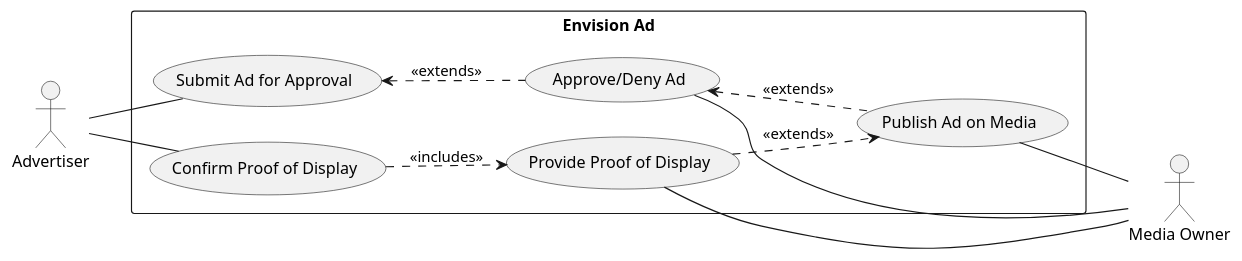
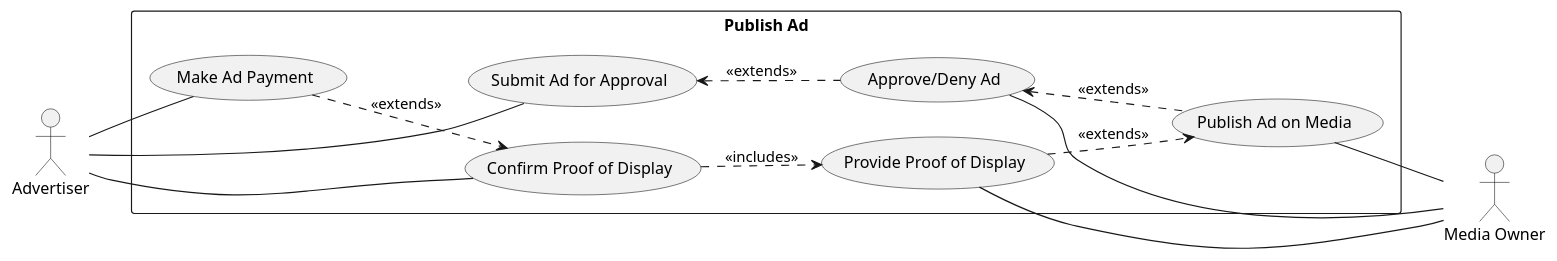
The diagram in docs/4-diagrams/use-case-publish-ad.puml (anvsult/visual-impact), drawn with PlantUML before and after one commit. The commit also changed 1 other file, not shown here.

Commit message:
Finished extracting the Publish Ad use case

```diff
--- a/docs/4-diagrams/use-case-publish-ad.puml
+++ b/docs/4-diagrams/use-case-publish-ad.puml
@@ -1,44 +1,47 @@
 @startuml
 left to right direction
 
 ' --- Increase spacing and make the box larger ---
 skinparam ranksep 40
 skinparam nodesep 30
 skinparam rectangle {
   Padding 40
   Margin 40
 }
 
 actor Advertiser as ADV
 actor "Media Owner" as MO
 
 
-rectangle "Envision Ad" {
+rectangle "Publish Ad" {
 ' --- Advertiser use cases ---
   ' usecase "Preview Ad on Media" as Preview
   usecase "Submit Ad for Approval" as Submit
   usecase "Confirm Proof of Display" as ConfirmProof
+  usecase "Make Ad Payment" as Pay
 
   ' --- Media Owner use cases ---
   usecase "Approve/Deny Ad" as ApproveAd
   usecase "Publish Ad on Media" as PublishAd
   usecase "Provide Proof of Display" as Proof
 
   ' --- Actor connections (solid lines) ---
   ADV -- Submit
   ADV -- ConfirmProof
+  ADV -- Pay
 
   ' keep media owner lines inside rectangle
 '  MO -[hidden]-> ApproveAd
 '  MO -[hidden]-> Proof
   ApproveAd -- MO
   Proof -- MO
   PublishAd -- MO
 
   ' --- Relationships (dotted, no arrows, all contained) ---
   Submit <.. ApproveAd     : <<extends>>
   ApproveAd <.. PublishAd   : <<extends>>
   ConfirmProof ..> Proof   : <<includes>>
   Proof ..> PublishAd : <<extends>>
+  Pay ..> ConfirmProof : <<extends>>
 }
 @enduml
```
